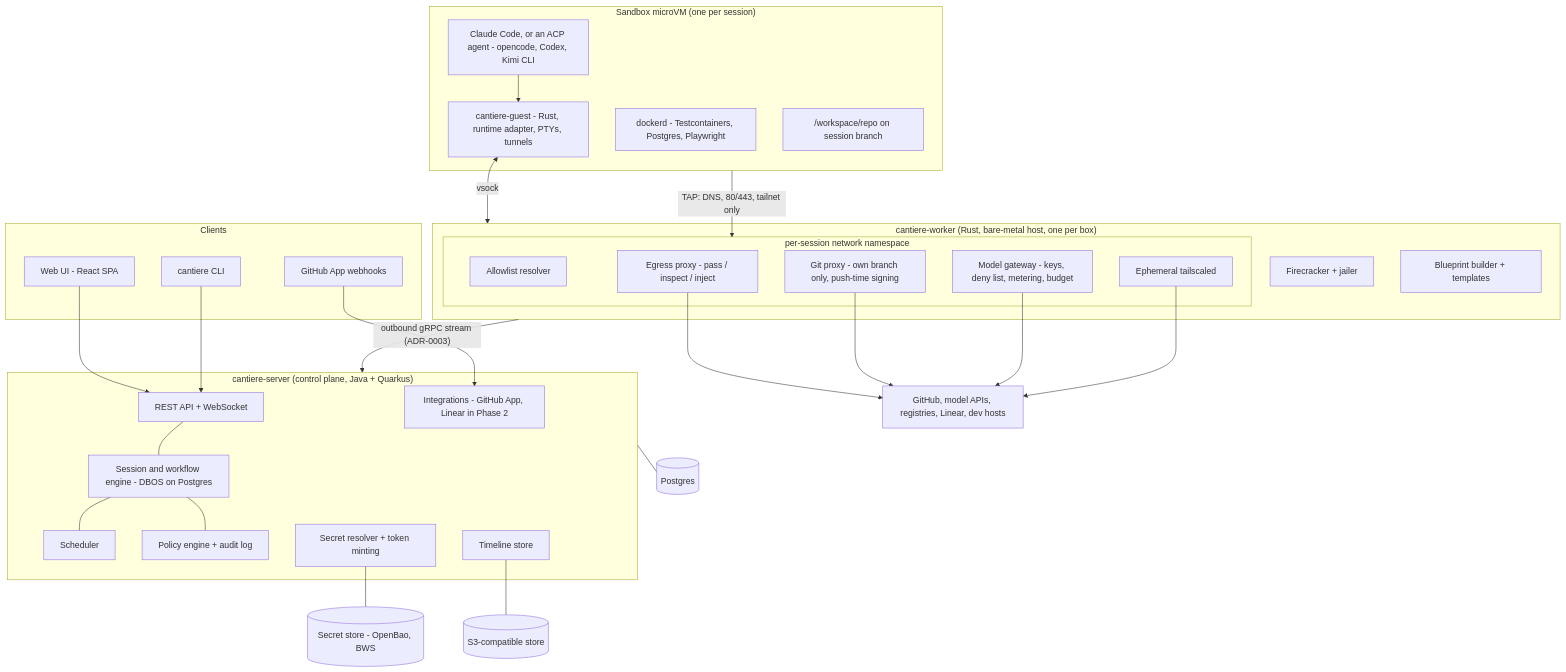
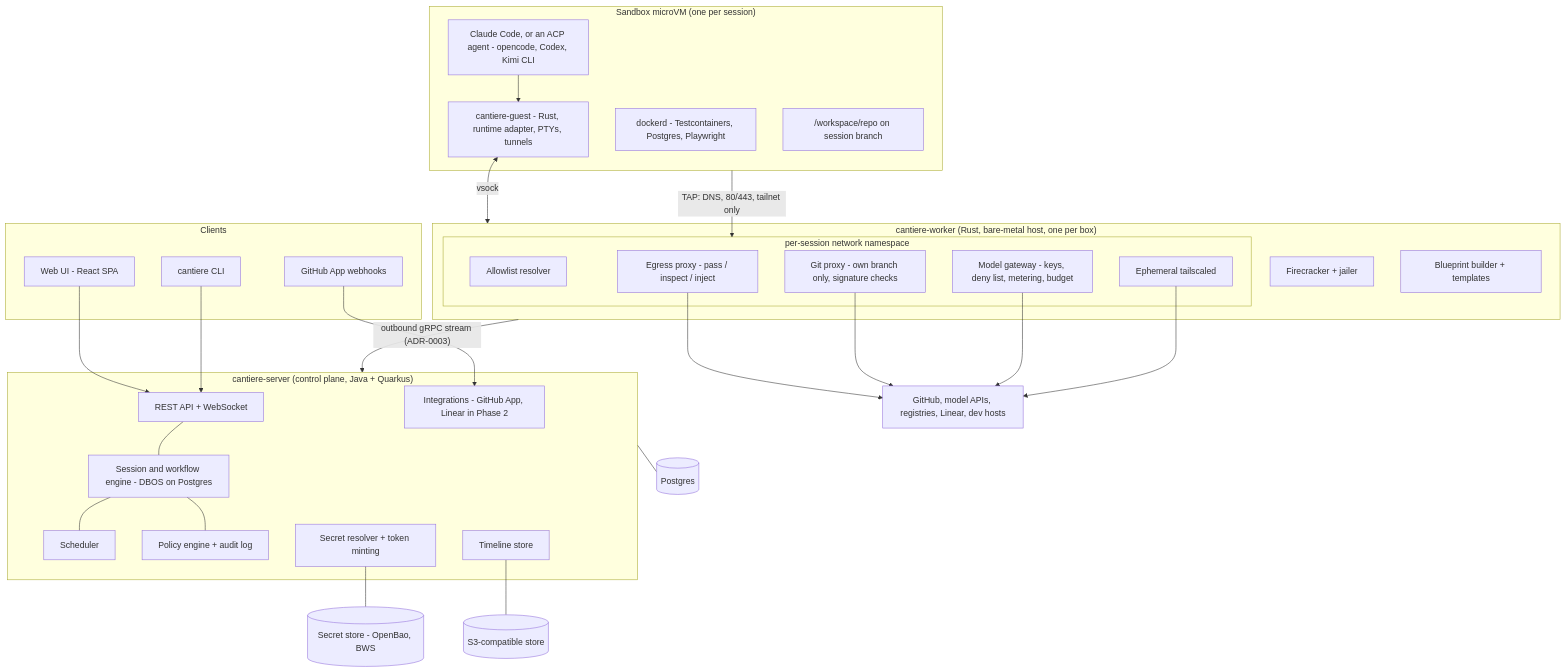
One commit to noahwhite/cantiere changed the first of 2 diagrams in docs/architecture.md. Above: the diagram before and after it, drawn with Mermaid. The commit also changed other lines of this file and 8 other files, not shown here.

````diff
--- a/docs/architecture.md
+++ b/docs/architecture.md
@@ -17,61 +17,61 @@
 ```mermaid
 flowchart TB
     subgraph clients[Clients]
         web[Web UI - React SPA]
         cli[cantiere CLI]
         gh_hooks[GitHub App webhooks]
     end
 
     subgraph cp["cantiere-server (control plane, Java + Quarkus)"]
         api[REST API + WebSocket]
         sess[Session and workflow engine - DBOS on Postgres]
         sched[Scheduler]
         pol[Policy engine + audit log]
         integ[Integrations - GitHub App, Linear in Phase 2]
         broker[Secret resolver + token minting]
         tl[Timeline store]
     end
 
     pg[(Postgres)]
     obj[(S3-compatible store)]
     secrets[(Secret store - OpenBao, BWS)]
 
     subgraph worker["cantiere-worker (Rust, bare-metal host, one per box)"]
         vmm[Firecracker + jailer]
         build[Blueprint builder + templates]
         subgraph netns["per-session network namespace"]
             dns[Allowlist resolver]
             proxy[Egress proxy - pass / inspect / inject]
-            gitp[Git proxy - own branch only, push-time signing]
+            gitp[Git proxy - own branch only, signature checks]
             gw[Model gateway - keys, deny list, metering, budget]
             ts[Ephemeral tailscaled]
         end
     end
 
     subgraph vm["Sandbox microVM (one per session)"]
         guest[cantiere-guest - Rust, runtime adapter, PTYs, tunnels]
         agent[Claude Code, or an ACP agent - opencode, Codex, Kimi CLI]
         dockerd[dockerd - Testcontainers, Postgres, Playwright]
         repos["/workspace/repo on session branch"]
     end
 
     ext[GitHub, model APIs, registries, Linear, dev hosts]
 
     web --> api
     cli --> api
     gh_hooks --> integ
     api --- sess
     sess --- sched
     sess --- pol
     cp --- pg
     tl --- obj
     broker --- secrets
     worker -- "outbound gRPC stream (ADR-0003)" --> cp
     guest <-- vsock --> worker
     agent --> guest
     vm -- "TAP: DNS, 80/443, tailnet only" --> netns
     proxy --> ext
     gitp --> ext
     gw --> ext
     ts --> ext
 ```
````
